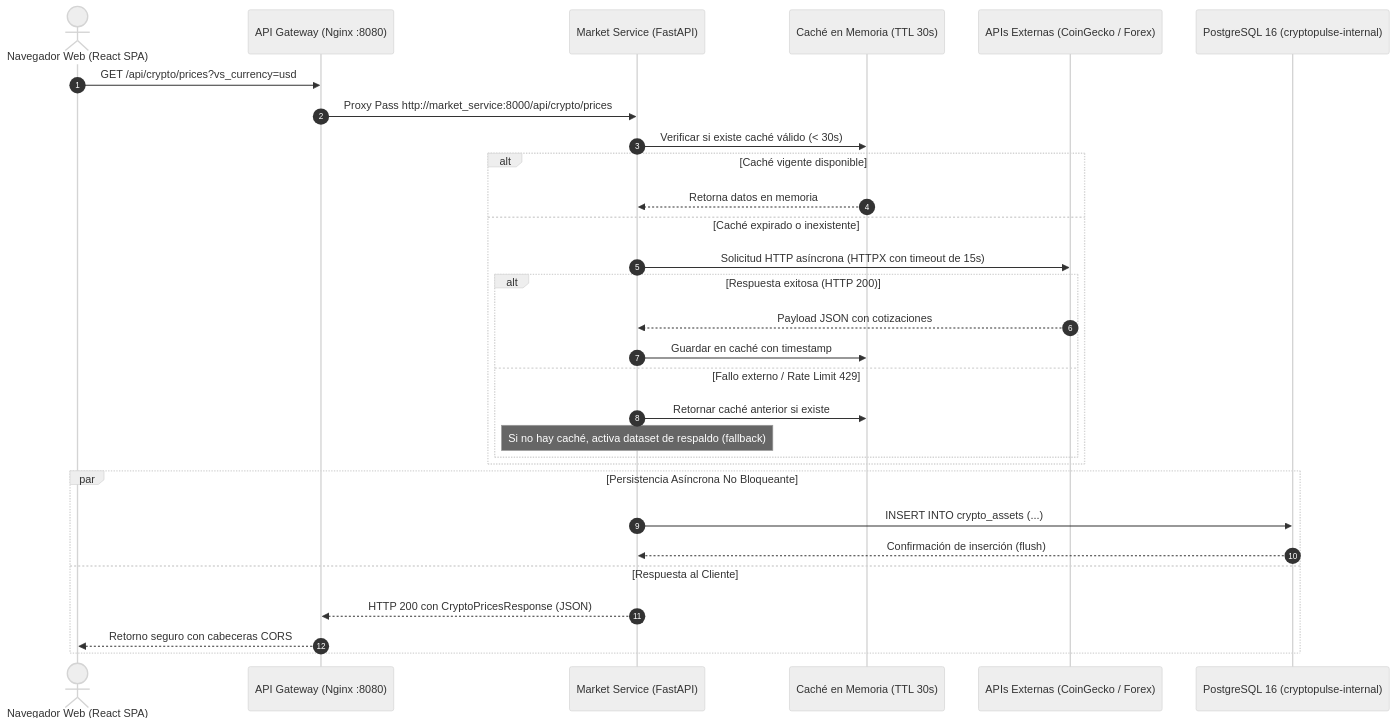
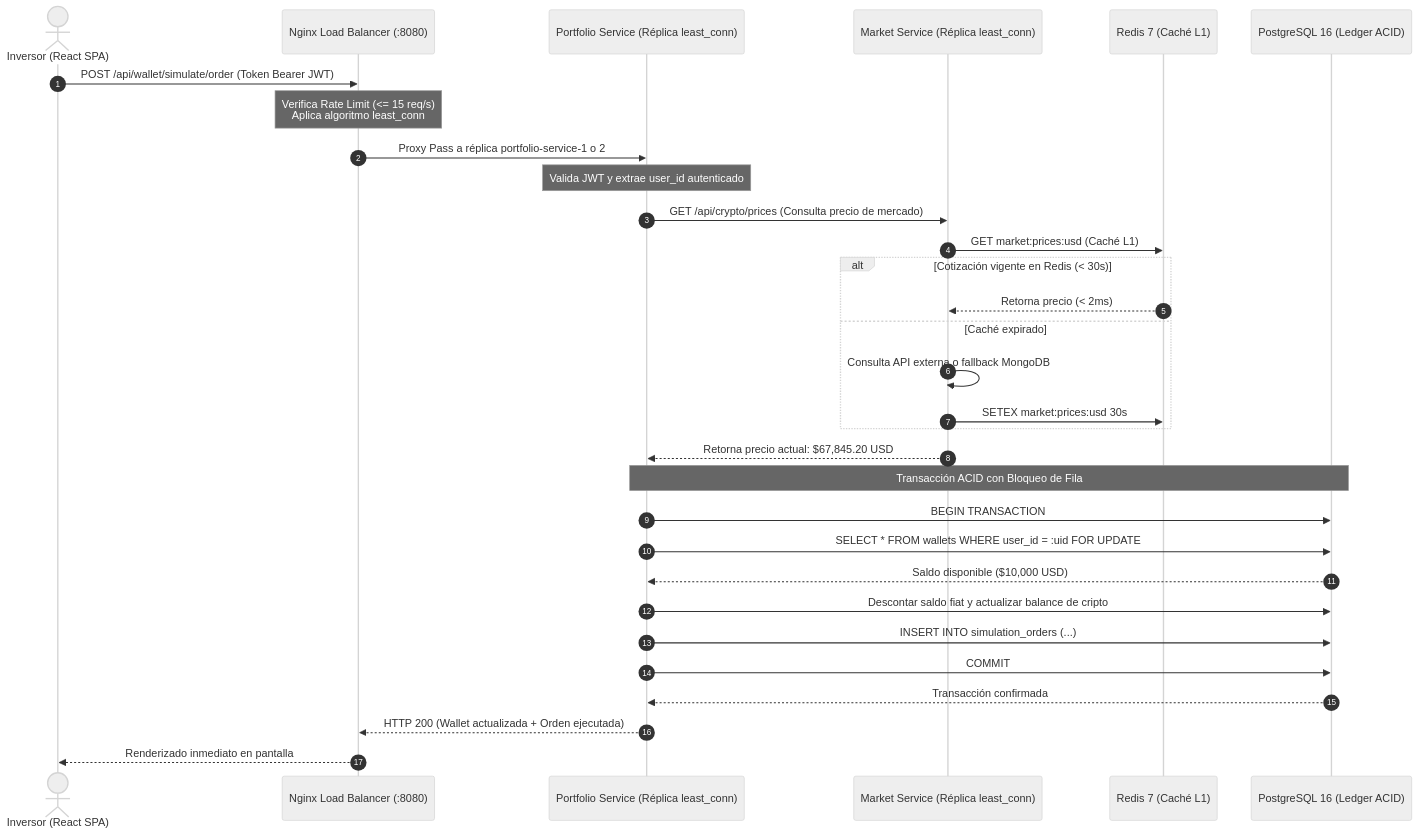
The second of 2 diagrams in docs/ARQUITECTURA.md (SRC-07/CryptoPulse), drawn with Mermaid (neutral theme) before and after one commit. The commit also changed other lines of this file and 75 other files, not shown here.

Commit message:
feat(entrega-2): arquitectura distribuida, balanceo least_conn, wallets 1:1 postgresql, mongodb, redis cache y limpieza general

````diff
--- a/docs/ARQUITECTURA.md
+++ b/docs/ARQUITECTURA.md
@@ -101,35 +125,38 @@
 ```mermaid
 sequenceDiagram
     autonumber
-    actor Usuario as Navegador Web (React SPA)
-    participant GW as API Gateway (Nginx :8080)
-    participant MS as Market Service (FastAPI)
-    participant Cache as Caché en Memoria (TTL 30s)
-    participant APIExt as APIs Externas (CoinGecko / Forex)
-    participant DB as PostgreSQL 16 (cryptopulse-internal)
+    actor Usuario as Inversor (React SPA)
+    participant GW as Nginx Load Balancer (:8080)
+    participant PS as Portfolio Service (Réplica least_conn)
+    participant MS as Market Service (Réplica least_conn)
+    participant RD as Redis 7 (Caché L1)
+    participant PG as PostgreSQL 16 (Ledger ACID)
 
-    Usuario->>GW: GET /api/crypto/prices?vs_currency=usd
-    GW->>MS: Proxy Pass http://market_service:8000/api/crypto/prices
+    Usuario->>GW: POST /api/wallet/simulate/order (Token Bearer JWT)
+    Note over GW: Verifica Rate Limit (<= 15 req/s)<br/>Aplica algoritmo least_conn
+    GW->>PS: Proxy Pass a réplica portfolio-service-1 o 2
+
+    Note over PS: Valida JWT y extrae user_id autenticado
+    PS->>MS: GET /api/crypto/prices (Consulta precio de mercado)
     
-    MS->>Cache: Verificar si existe caché válido (< 30s)
-    alt Caché vigente disponible
-        Cache-->>MS: Retorna datos en memoria
-    else Caché expirado o inexistente
-        MS->>APIExt: Solicitud HTTP asíncrona (HTTPX con timeout de 15s)
-        alt Respuesta exitosa (HTTP 200)
-            APIExt-->>MS: Payload JSON con cotizaciones
-            MS->>Cache: Guardar en caché con timestamp
-        else Fallo externo / Rate Limit 429
-            MS->>Cache: Retornar caché anterior si existe
-            Note over MS: Si no hay caché, activa dataset de respaldo (fallback)
-        end
+    MS->>RD: GET market:prices:usd (Caché L1)
+    alt Cotización vigente en Redis (< 30s)
+        RD-->>MS: Retorna precio (< 2ms)
+    else Caché expirado
+        MS->>MS: Consulta API externa o fallback MongoDB
+        MS->>RD: SETEX market:prices:usd 30s
     end
+    MS-->>PS: Retorna precio actual: $67,845.20 USD
 
-    par Persistencia Asíncrona No Bloqueante
-        MS->>DB: INSERT INTO crypto_assets (...)
-        DB-->>MS: Confirmación de inserción (flush)
-    and Respuesta al Cliente
-        MS-->>GW: HTTP 200 con CryptoPricesResponse (JSON)
-        GW-->>Usuario: Retorno seguro con cabeceras CORS
-    end
+    Note over PS,PG: Transacción ACID con Bloqueo de Fila
+    PS->>PG: BEGIN TRANSACTION
+    PS->>PG: SELECT * FROM wallets WHERE user_id = :uid FOR UPDATE
+    PG-->>PS: Saldo disponible ($10,000 USD)
+    PS->>PG: Descontar saldo fiat y actualizar balance de cripto
+    PS->>PG: INSERT INTO simulation_orders (...)
+    PS->>PG: COMMIT
+    PG-->>PS: Transacción confirmada
+
+    PS-->>GW: HTTP 200 (Wallet actualizada + Orden ejecutada)
+    GW-->>Usuario: Renderizado inmediato en pantalla
 ```
````
